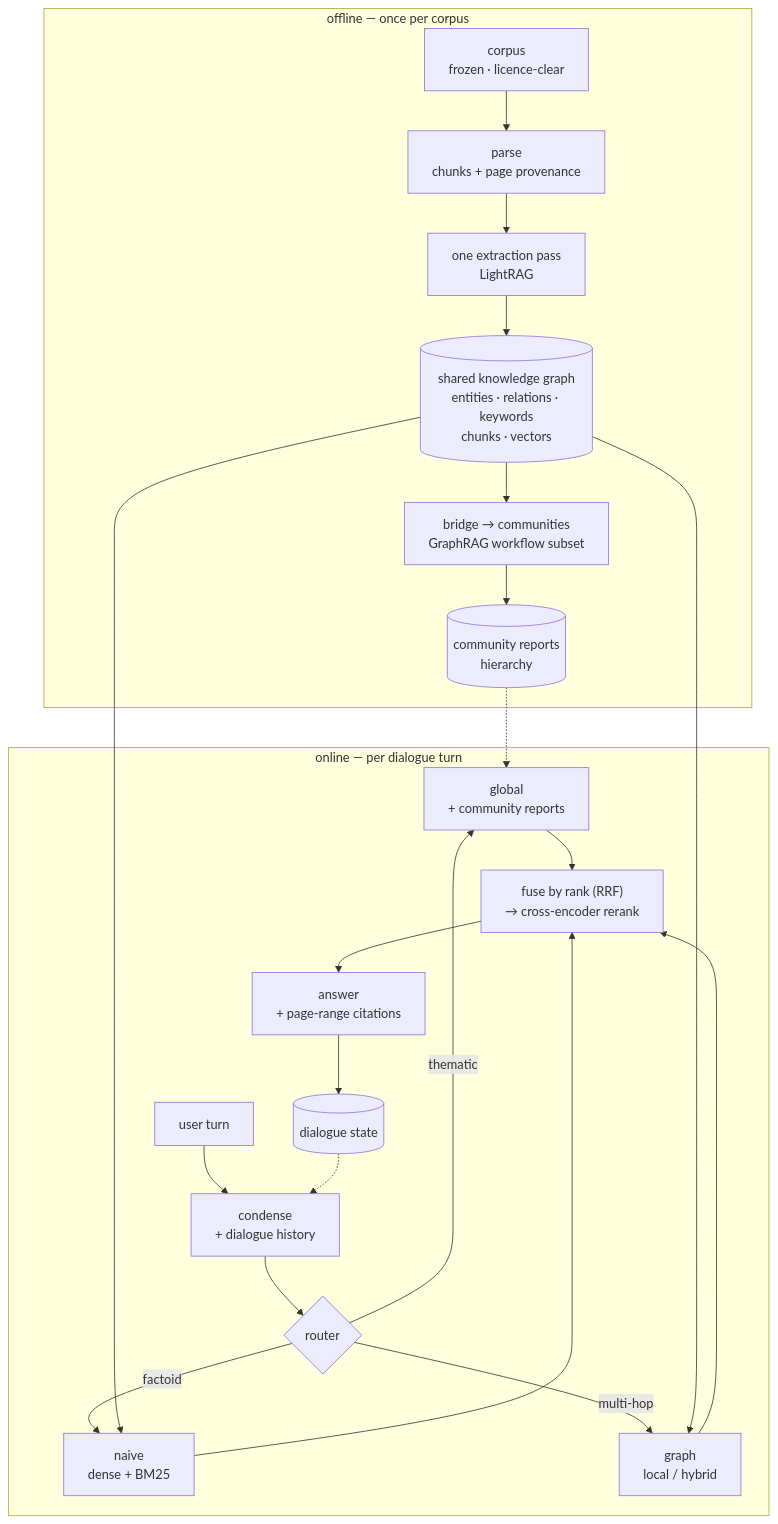
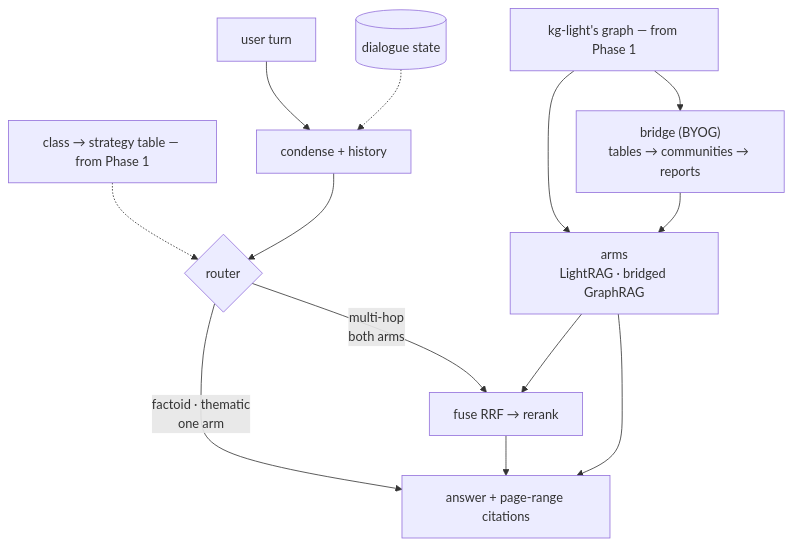
The second of 2 diagrams in README.md (MyriadQ/HyRAG), drawn with Mermaid before and after one commit. The commit also changed other lines of this file and 25 other files, not shown here.

Commit message:
qset: 150 questions frozen (50/50/50) — gate artifact, predates router

````diff
--- a/README.md
+++ b/README.md
@@ -12,26 +36,14 @@
 ```mermaid
 flowchart TB
-    subgraph OFFLINE["offline — once per corpus"]
-        CORP["corpus<br/>frozen · licence-clear"] --> PRS["parse<br/>chunks + page provenance"]
-        PRS --> EXT["one extraction pass<br/>LightRAG"]
-        EXT --> KG[("shared knowledge graph<br/>entities · relations · keywords<br/>chunks · vectors")]
-        KG --> BR["bridge → communities<br/>GraphRAG workflow subset"]
-        BR --> CR[("community reports<br/>hierarchy")]
-    end
-    subgraph ONLINE["online — per dialogue turn"]
-        TURN["user turn"] --> COND["condense<br/>+ dialogue history"]
-        COND --> ROUTER{"router"}
-        ROUTER -->|factoid| NAIVE["naive<br/>dense + BM25"]
-        ROUTER -->|multi-hop| GRPH["graph<br/>local / hybrid"]
-        ROUTER -->|thematic| GLOBAL["global<br/>+ community reports"]
-        NAIVE --> FUSE["fuse by rank (RRF)<br/>→ cross-encoder rerank"]
-        GRPH --> FUSE
-        GLOBAL --> FUSE
-        FUSE --> ANS["answer<br/>+ page-range citations"]
-        ANS --> STATE[("dialogue state")]
-    end
-    KG --> NAIVE
-    KG --> GRPH
-    CR -.-> GLOBAL
-    STATE -.-> COND
+    GF["kg-light's graph — from Phase 1"] --> B["bridge (BYOG)<br/>tables → communities → reports"]
+    GF --> A["arms<br/>LightRAG · bridged GraphRAG"]
+    B --> A
+    TB["class → strategy table — from Phase 1"] -.-> R{"router"}
+    U["user turn"] --> C["condense + history"] --> R
+    R -->|"factoid · thematic<br/>one arm"| ANS["answer + page-range citations"]
+    R -->|"multi-hop<br/>both arms"| F["fuse RRF → rerank"]
+    A --> F
+    F --> ANS
+    A --> ANS
+    ST[("dialogue state")] -.-> C
 ```
````
